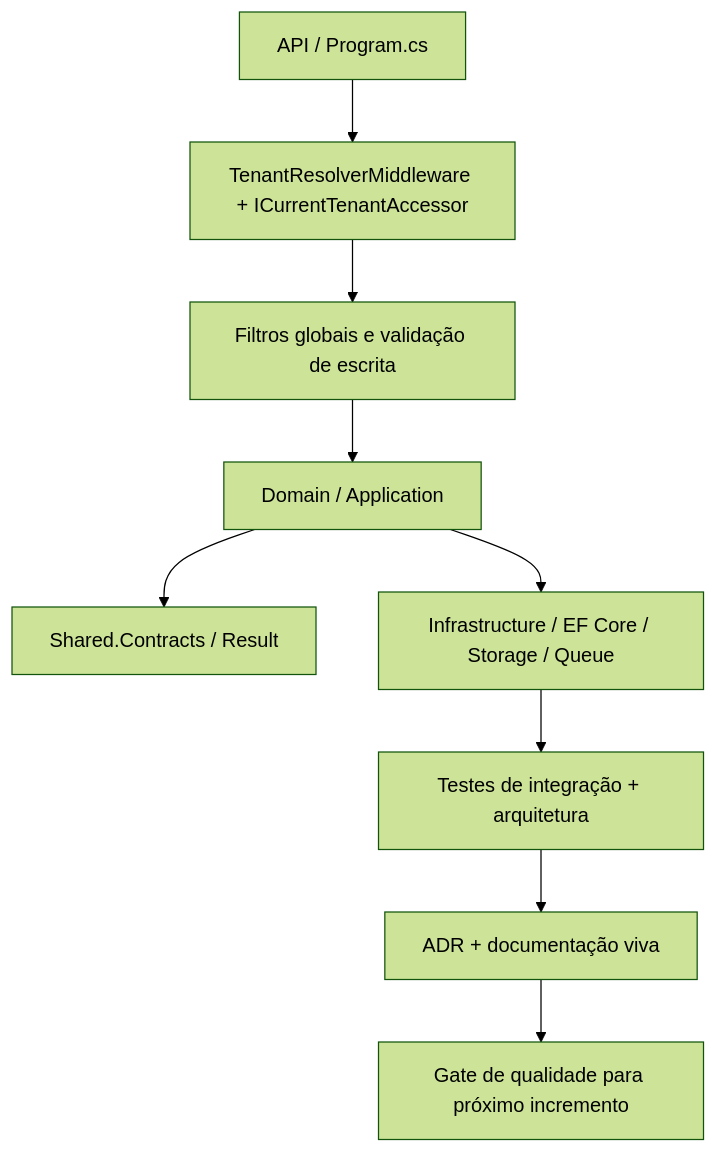
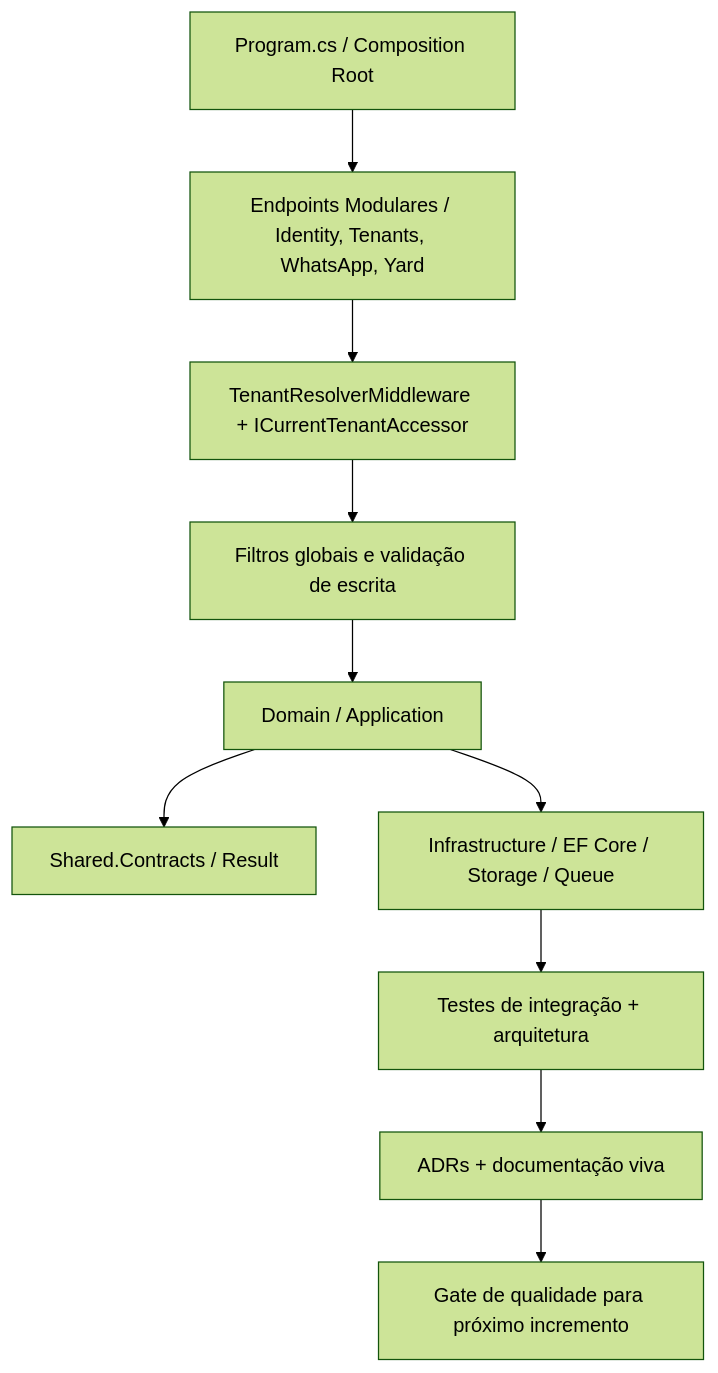
Before and after one commit to ronaldocestrela/lavaway: the second of 5 diagrams in docs/living-docs/modelo-dominio-dados-1.1.md, drawn with Mermaid (forest theme). The commit also changed 9 other files, not shown here.

Commit message:
feat: add modular minimal api endpoints for identity, tenants, whatsapp, and yard operations

````diff
--- a/docs/living-docs/modelo-dominio-dados-1.1.md
+++ b/docs/living-docs/modelo-dominio-dados-1.1.md
@@ -104,11 +104,12 @@
 ```mermaid
 flowchart TD
-    API[API / Program.cs] --> TENANT[TenantResolverMiddleware + ICurrentTenantAccessor]
+    API[Program.cs / Composition Root] --> ENDPOINTS[Endpoints Modulares / Identity, Tenants, WhatsApp, Yard]
+    ENDPOINTS --> TENANT[TenantResolverMiddleware + ICurrentTenantAccessor]
     TENANT --> FILTERS[Filtros globais e validação de escrita]
     FILTERS --> DOMAIN[Domain / Application]
     DOMAIN --> CONTRACTS[Shared.Contracts / Result<T>]
     DOMAIN --> INFRA[Infrastructure / EF Core / Storage / Queue]
     INFRA --> TESTS[Testes de integração + arquitetura]
-    TESTS --> DOCS[ADR + documentação viva]
+    TESTS --> DOCS[ADRs + documentação viva]
     DOCS --> GATE[Gate de qualidade para próximo incremento]
 ```
````
